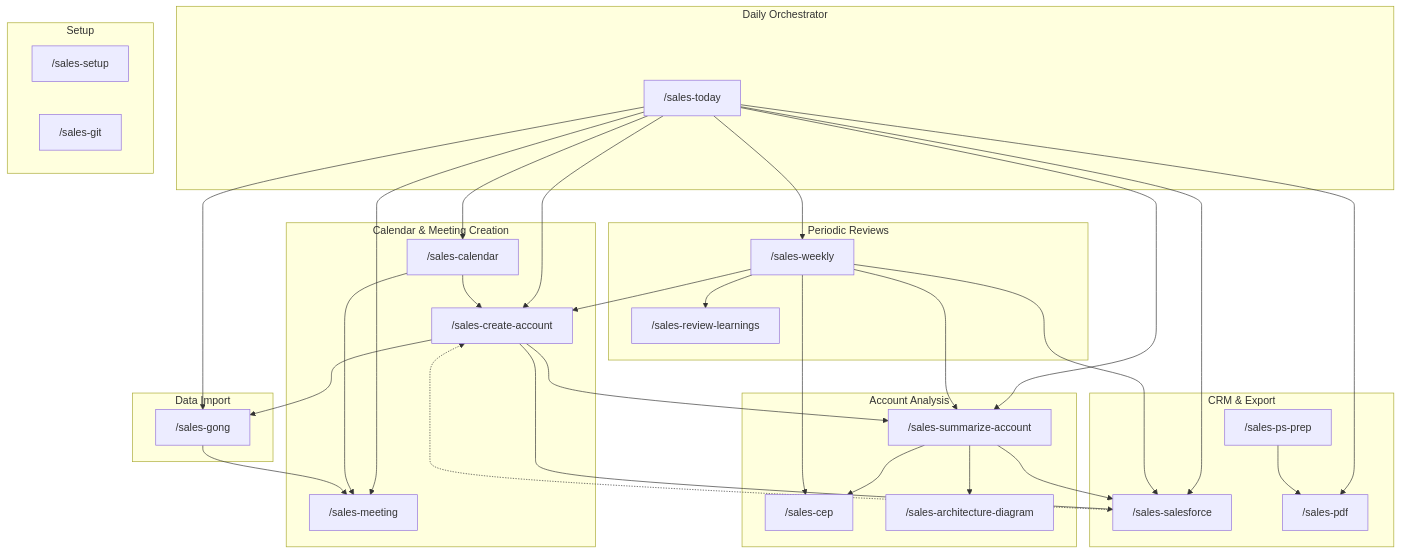
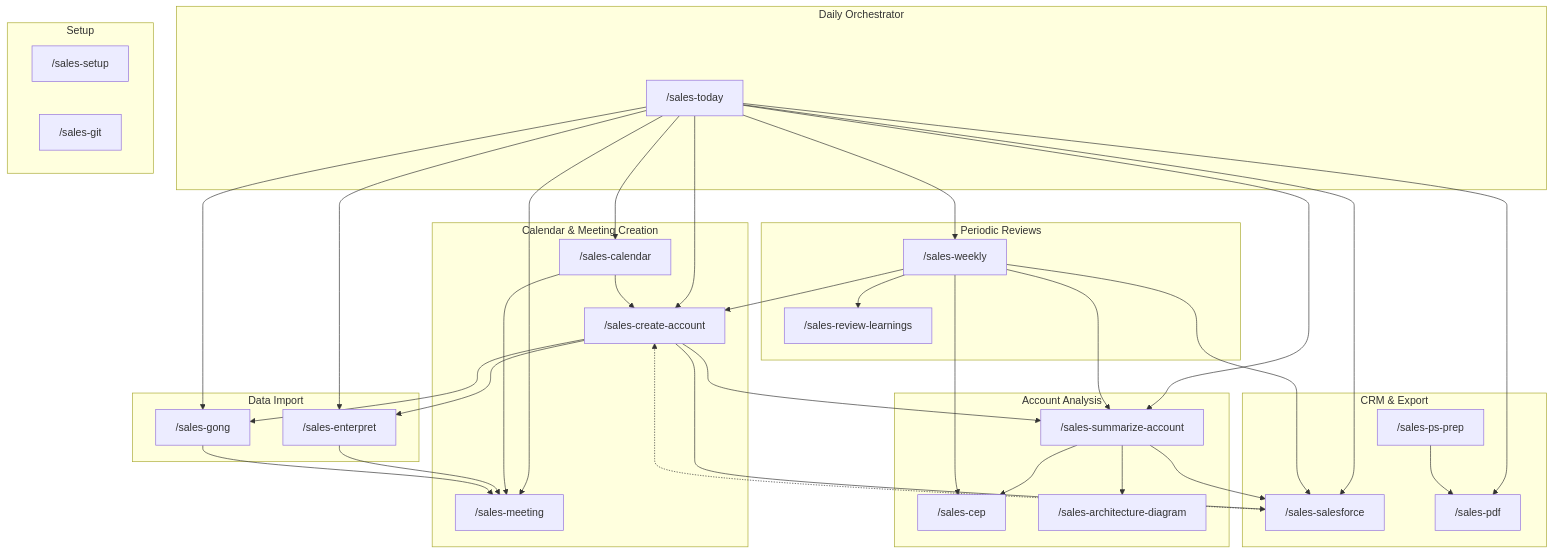
Before and after one commit to yeutterg/claude-code-sales-skills: the first of 3 diagrams in README.md, drawn with Mermaid. The commit also changed other lines of this file and 8 other files, not shown here.

First line of the commit message:
sync: add /sales-enterpret skill for Gong transcript import via Enterpret

````diff
--- a/README.md
+++ b/README.md
@@ -155,64 +163,68 @@
 ```mermaid
 graph TD
     subgraph "Daily Orchestrator"
         today["/sales-today"]
     end
 
     subgraph "Calendar & Meeting Creation"
         calendar["/sales-calendar"]
         meeting["/sales-meeting"]
         create["/sales-create-account"]
     end
 
     subgraph "Data Import"
+        enterpret["/sales-enterpret"]
         gong["/sales-gong"]
     end
 
     subgraph "Account Analysis"
         summarize["/sales-summarize-account"]
         cep["/sales-cep"]
         archdiag["/sales-architecture-diagram"]
     end
 
     subgraph "CRM & Export"
         salesforce["/sales-salesforce"]
         pdf["/sales-pdf"]
         psprep["/sales-ps-prep"]
     end
 
     subgraph "Periodic Reviews"
         weekly["/sales-weekly"]
         review["/sales-review-learnings"]
     end
 
     subgraph "Setup"
         setup["/sales-setup"]
         git["/sales-git"]
     end
 
     today --> calendar
     today --> meeting
+    today --> enterpret
     today --> gong
     today --> summarize
     today --> salesforce
     today --> create
     today --> weekly
     today --> pdf
 
     calendar --> meeting
     calendar --> create
     create --> salesforce
+    create --> enterpret
     create --> gong
     create --> summarize
+    enterpret --> meeting
     gong --> meeting
     summarize --> cep
     summarize --> archdiag
     summarize --> salesforce
     salesforce -.-> create
     weekly --> summarize
     weekly --> salesforce
     weekly --> cep
     weekly --> create
     weekly --> review
     psprep --> pdf
 ```
````
